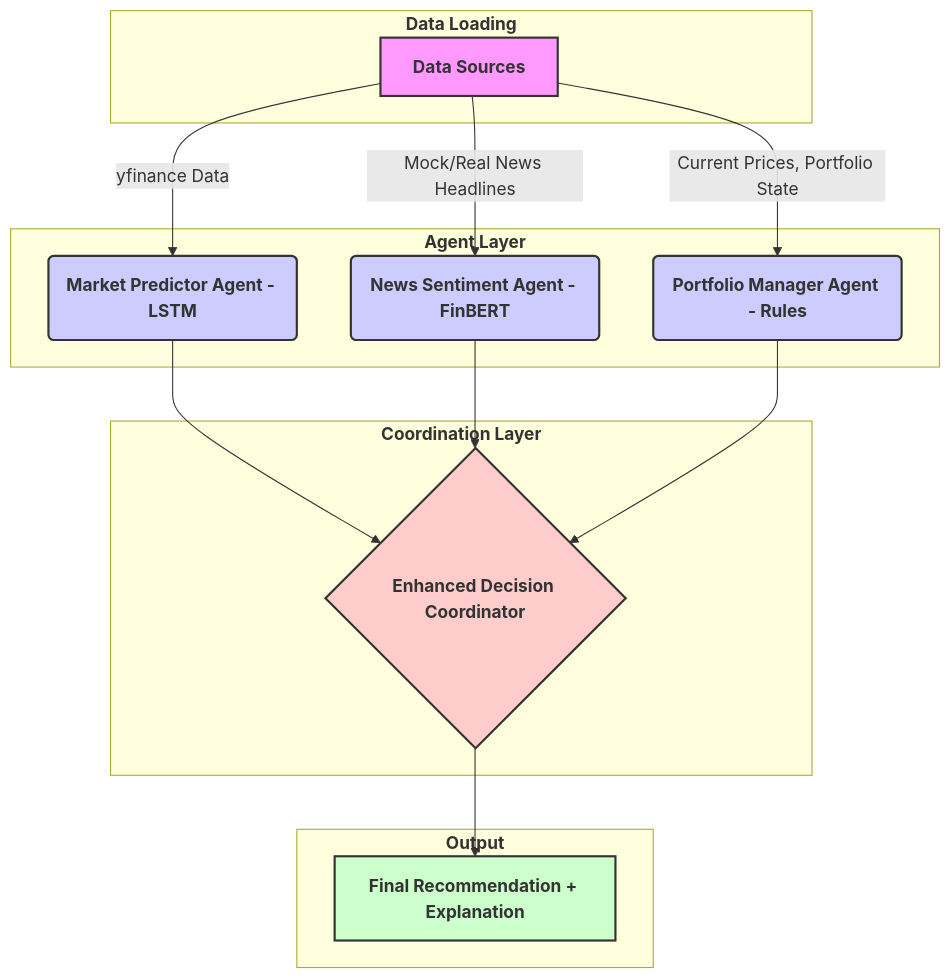
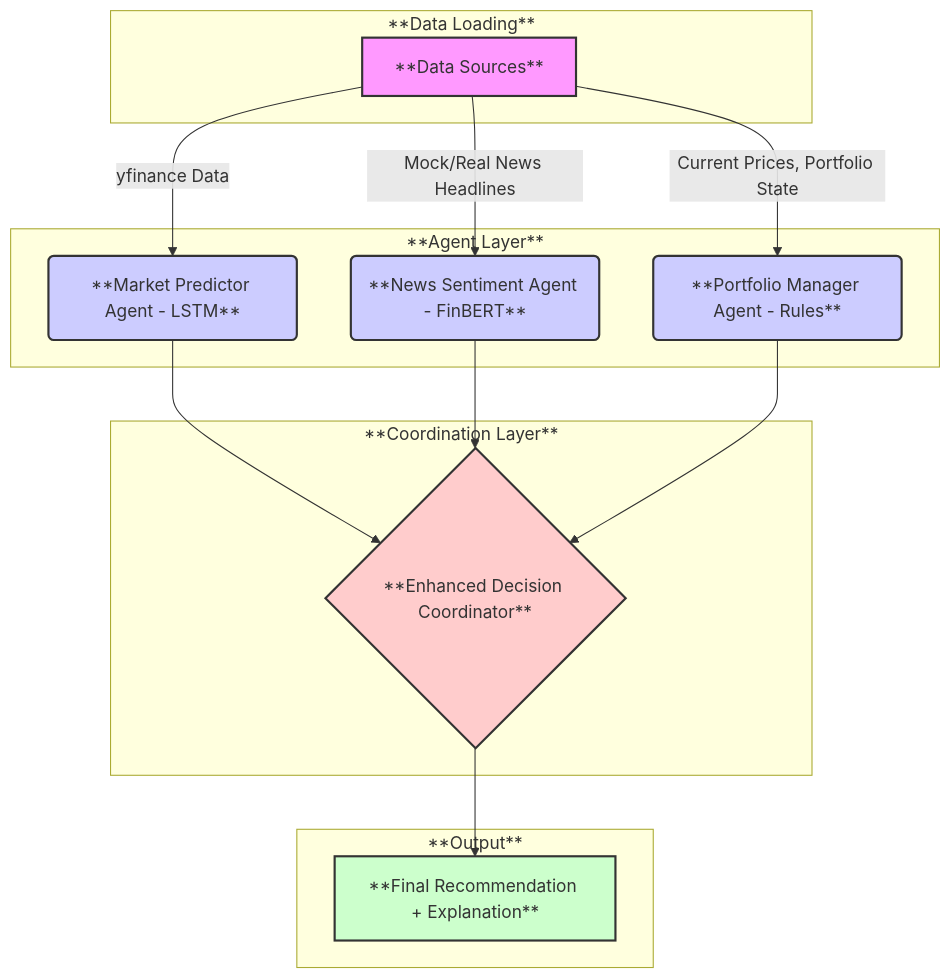
Before and after one commit to pranavpradhan007/MultiAgent-Financial-Decision-System: the diagram in Readme.md, drawn with Mermaid.

````diff
--- a/Readme.md
+++ b/Readme.md
@@ -30,32 +30,32 @@
 ```mermaid
 graph TD
-    A["<b>Data Sources</b>"] -->|yfinance Data| B("<b>Market Predictor Agent - LSTM</b>");
-    A -->|Mock/Real News Headlines| C("<b>News Sentiment Agent - FinBERT</b>");
-    A -->|Current Prices, Portfolio State| D("<b>Portfolio Manager Agent - Rules</b>");
-    B --> E{"<b>Enhanced Decision Coordinator</b>"};
+    A["**Data Sources**"] -->|yfinance Data| B("**Market Predictor Agent - LSTM**");
+    A -->|Mock/Real News Headlines| C("**News Sentiment Agent - FinBERT**");
+    A -->|Current Prices, Portfolio State| D("**Portfolio Manager Agent - Rules**");
+    B --> E{"**Enhanced Decision Coordinator**"};
     C --> E;
     D --> E;
-    E --> F["<b>Final Recommendation + Explanation</b>"];
+    E --> F["**Final Recommendation + Explanation**"];
 
-    subgraph "<b>Data Loading</b>"
+    subgraph "**Data Loading**"
         A
     end
-    subgraph "<b>Agent Layer</b>"
+    subgraph "**Agent Layer**"
         B
         C
         D
     end
-    subgraph "<b>Coordination Layer</b>"
+    subgraph "**Coordination Layer**"
         E
     end
-    subgraph "<b>Output</b>"
+    subgraph "**Output**"
         F
     end
 
     style A fill:#f9f,stroke:#333,stroke-width:2px
     style B fill:#ccf,stroke:#333,stroke-width:2px
     style C fill:#ccf,stroke:#333,stroke-width:2px
     style D fill:#ccf,stroke:#333,stroke-width:2px
     style E fill:#fcc,stroke:#333,stroke-width:2px
     style F fill:#cfc,stroke:#333,stroke-width:2px
 ```
````
